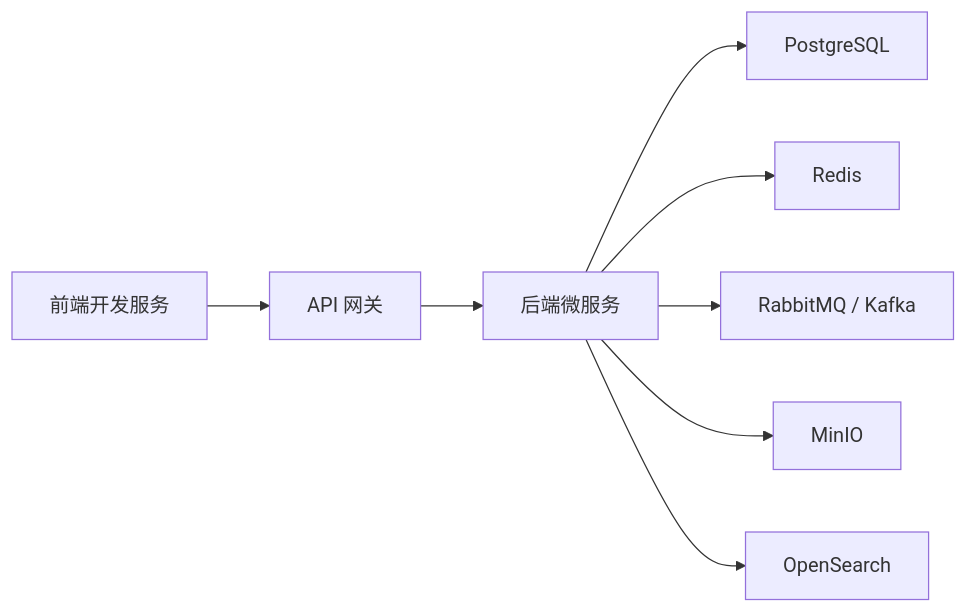
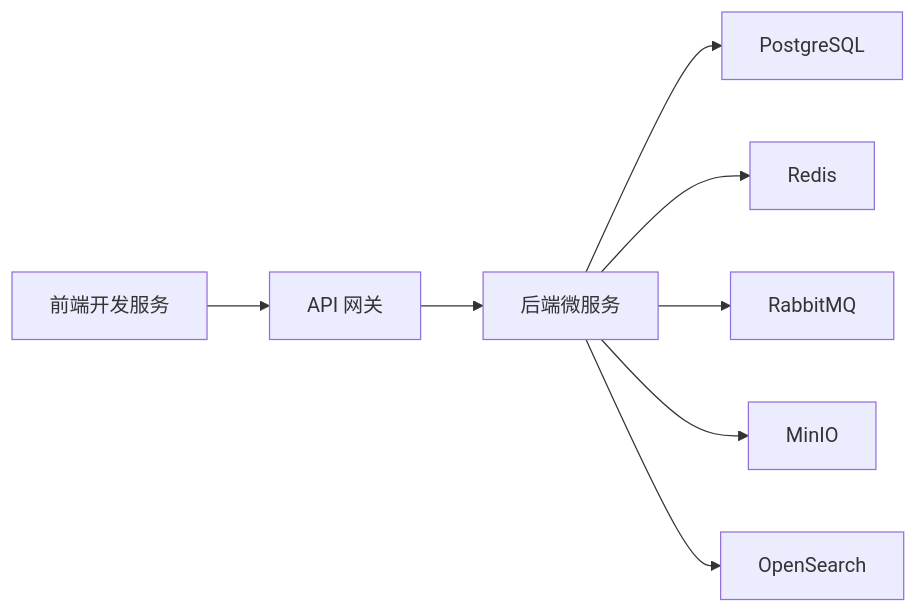
The fourth of 5 diagrams in docs/项目架构设计.md (Tangyd893/ERP-Go), drawn with Mermaid before and after one commit. The commit also changed other lines of this file and 6 other files, not shown here.

````diff
--- a/docs/项目架构设计.md
+++ b/docs/项目架构设计.md
@@ -240,10 +245,10 @@
 ```mermaid
 flowchart LR
     前端["前端开发服务"] --> 网关["API 网关"]
     网关 --> 服务["后端微服务"]
     服务 --> 数据库["PostgreSQL"]
     服务 --> 缓存["Redis"]
-    服务 --> 队列["RabbitMQ / Kafka"]
+    服务 --> 队列["RabbitMQ"]
     服务 --> 存储["MinIO"]
     服务 --> 搜索["OpenSearch"]
 ```
````
